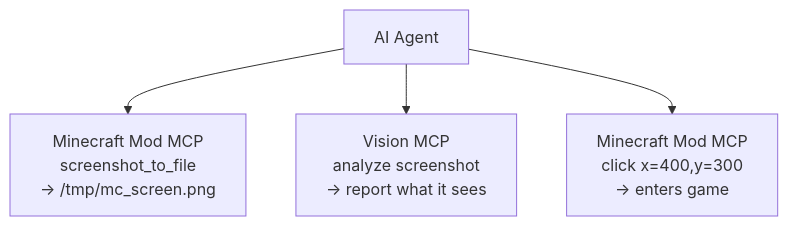
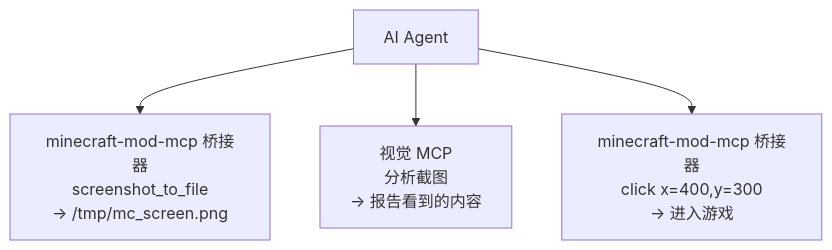
One commit to langyo/minecraft-mod-mcp changed the second of 2 diagrams in docs/guides/zhs/AI-TOOLS.md. Above: the diagram before and after it, drawn with Mermaid. The commit also changed other lines of this file and 417 other files, not shown here.

````diff
--- a/docs/guides/zhs/AI-TOOLS.md
+++ b/docs/guides/zhs/AI-TOOLS.md
@@ -568,7 +599,7 @@
 ```mermaid
 flowchart TD
     A["AI Agent"]
-    A --> B["Minecraft Mod MCP<br/>screenshot_to_file<br/>→ /tmp/mc_screen.png"]
-    A --> C["Vision MCP<br/>analyze screenshot<br/>→ report what it sees"]
-    A --> D["Minecraft Mod MCP<br/>click x=400,y=300<br/>→ enters game"]
+    A --> B["minecraft-mod-mcp 桥接器<br/>screenshot_to_file<br/>→ /tmp/mc_screen.png"]
+    A --> C["视觉 MCP<br/>分析截图<br/>→ 报告看到的内容"]
+    A --> D["minecraft-mod-mcp 桥接器<br/>click x=400,y=300<br/>→ 进入游戏"]
 ```
````
